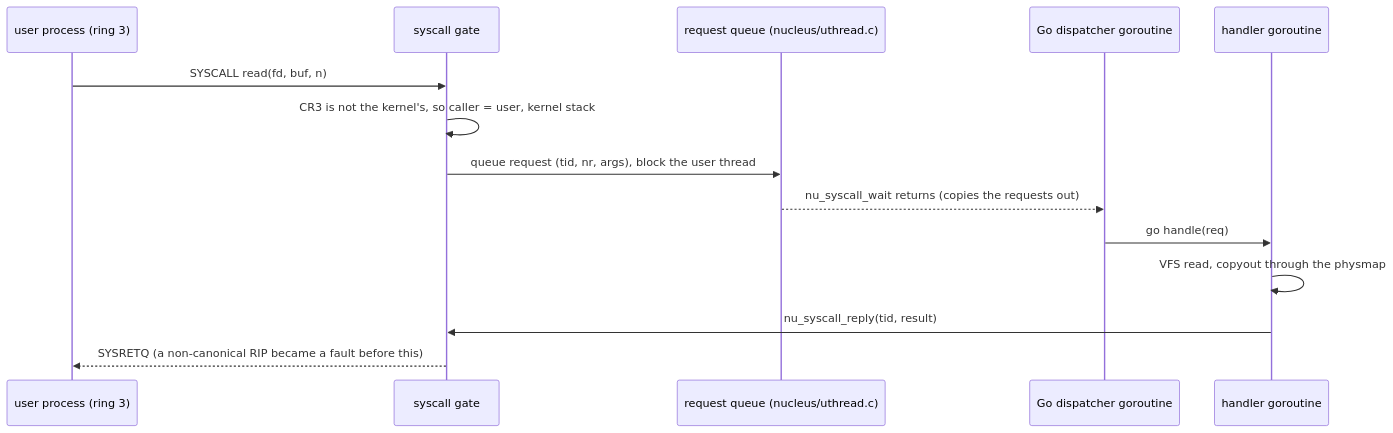
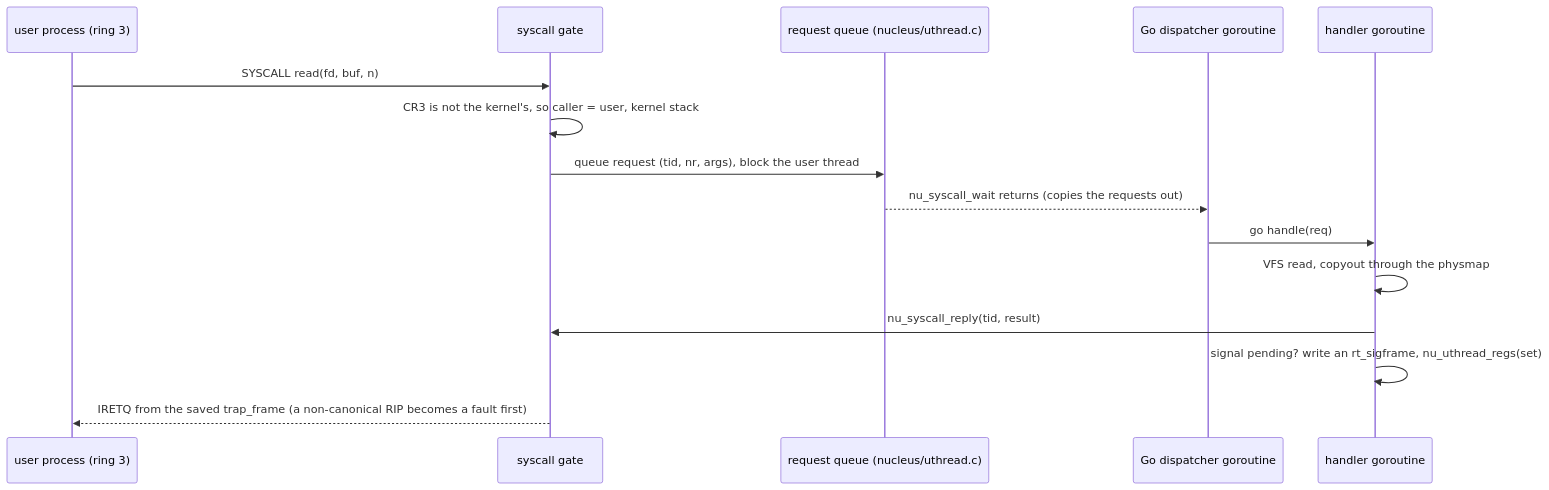
Before and after one commit to decagondev/burrow: the ninth of 10 diagrams in docs/02-architecture/ARCHITECTURE.md, drawn with Mermaid. The commit also changed other lines of this file and 6 other files, not shown here.

First line of the commit message:
Wave 10 docs: DEVLOG milestone, wave status, architecture, CLAUDE.md

````diff
--- a/docs/02-architecture/ARCHITECTURE.md
+++ b/docs/02-architecture/ARCHITECTURE.md
@@ -263,16 +263,17 @@
 ```mermaid
 sequenceDiagram
     participant P as user process (ring 3)
     participant GATE as syscall gate
     participant RING as request queue (nucleus/uthread.c)
     participant GD as Go dispatcher goroutine
     participant H as handler goroutine
     P->>GATE: SYSCALL read(fd, buf, n)
     GATE->>GATE: CR3 is not the kernel's, so caller = user, kernel stack
     GATE->>RING: queue request (tid, nr, args), block the user thread
     RING-->>GD: nu_syscall_wait returns (copies the requests out)
     GD->>H: go handle(req)
     H->>H: VFS read, copyout through the physmap
     H->>GATE: nu_syscall_reply(tid, result)
-    GATE-->>P: SYSRETQ (a non-canonical RIP became a fault before this)
+    H->>H: signal pending? write an rt_sigframe, nu_uthread_regs(set)
+    GATE-->>P: IRETQ from the saved trap_frame (a non-canonical RIP becomes a fault first)
 ```
````
